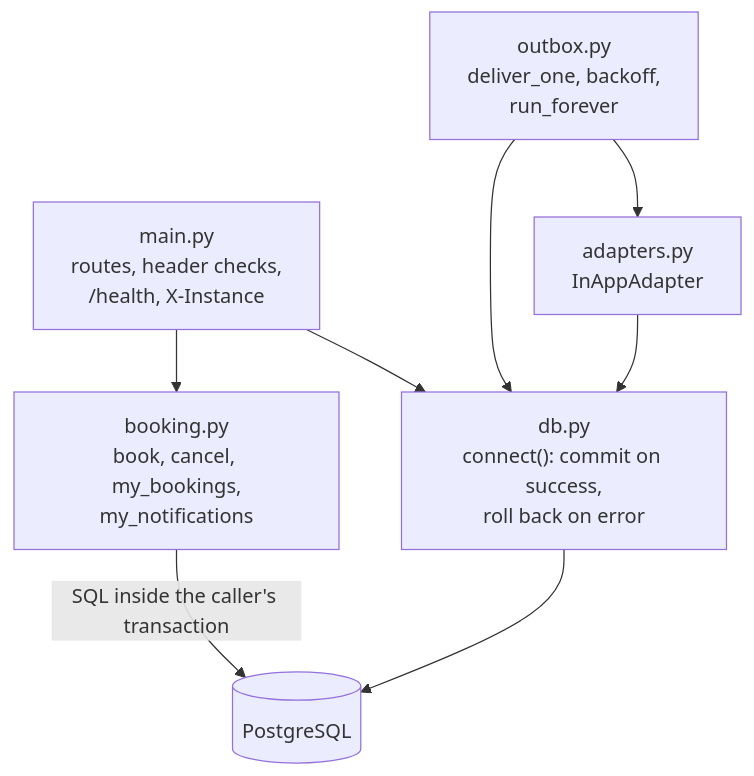
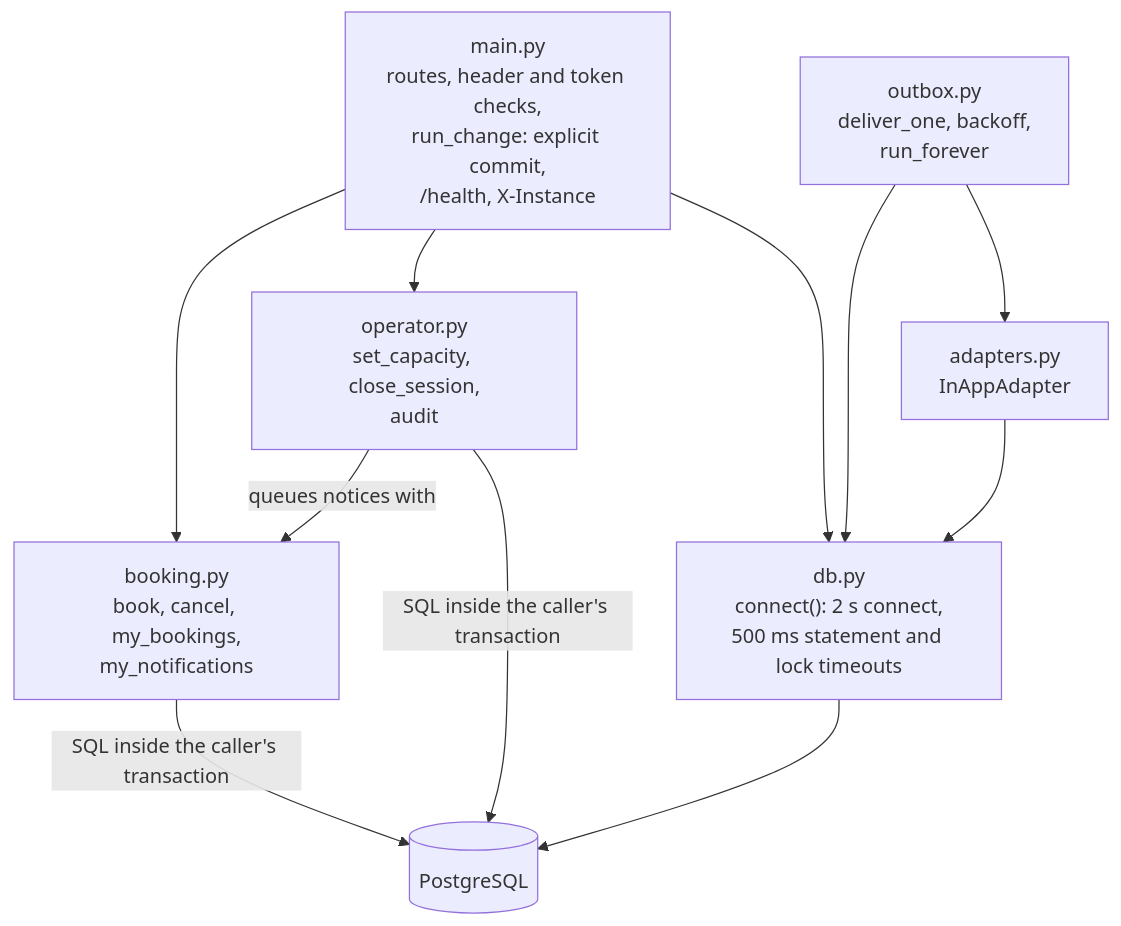
One commit to ashutosharma2/SwimSync changed the third of 19 diagrams in docs/architecture.md. Above: the diagram before and after it, drawn with Mermaid. The commit also changed other lines of this file and 1 other file, not shown here.

First line of the commit message:
Docs: operator capacity changes in the README and a new architecture section; drill B and the frontend drawn as built

````diff
--- a/docs/architecture.md
+++ b/docs/architecture.md
@@ -87,17 +89,21 @@
 ```mermaid
 flowchart TB
-    Main["main.py<br/>routes, header checks,<br/>/health, X-Instance"]
+    Main["main.py<br/>routes, header and token checks,<br/>run_change: explicit commit,<br/>/health, X-Instance"]
     Booking["booking.py<br/>book, cancel, my_bookings,<br/>my_notifications"]
-    DB["db.py<br/>connect(): commit on success,<br/>roll back on error"]
+    Operator["operator.py<br/>set_capacity, close_session,<br/>audit"]
+    DB["db.py<br/>connect(): 2 s connect,<br/>500 ms statement and lock timeouts"]
     Outbox["outbox.py<br/>deliver_one, backoff,<br/>run_forever"]
     Adapters["adapters.py<br/>InAppAdapter"]
     PG[("PostgreSQL")]
 
     Main --> Booking
+    Main --> Operator
     Main --> DB
+    Operator -- "queues notices with" --> Booking
     Booking -- "SQL inside the caller's transaction" --> PG
+    Operator -- "SQL inside the caller's transaction" --> PG
     DB --> PG
     Outbox --> DB
     Outbox --> Adapters
     Adapters --> DB
 ```
````
